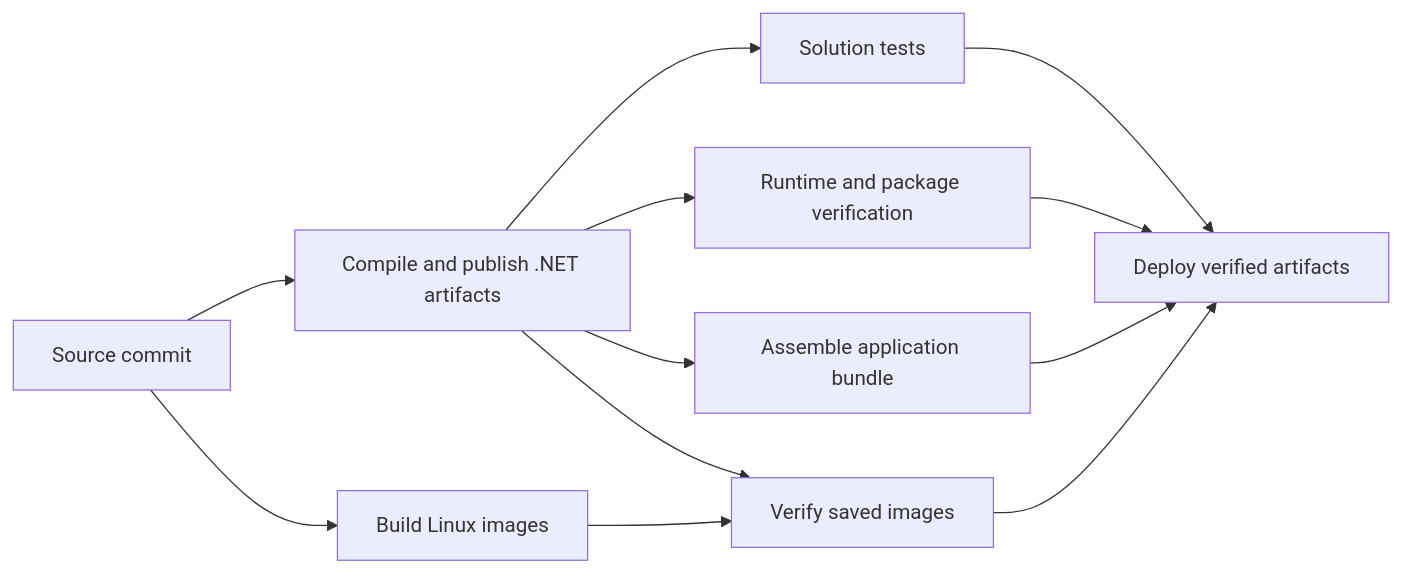
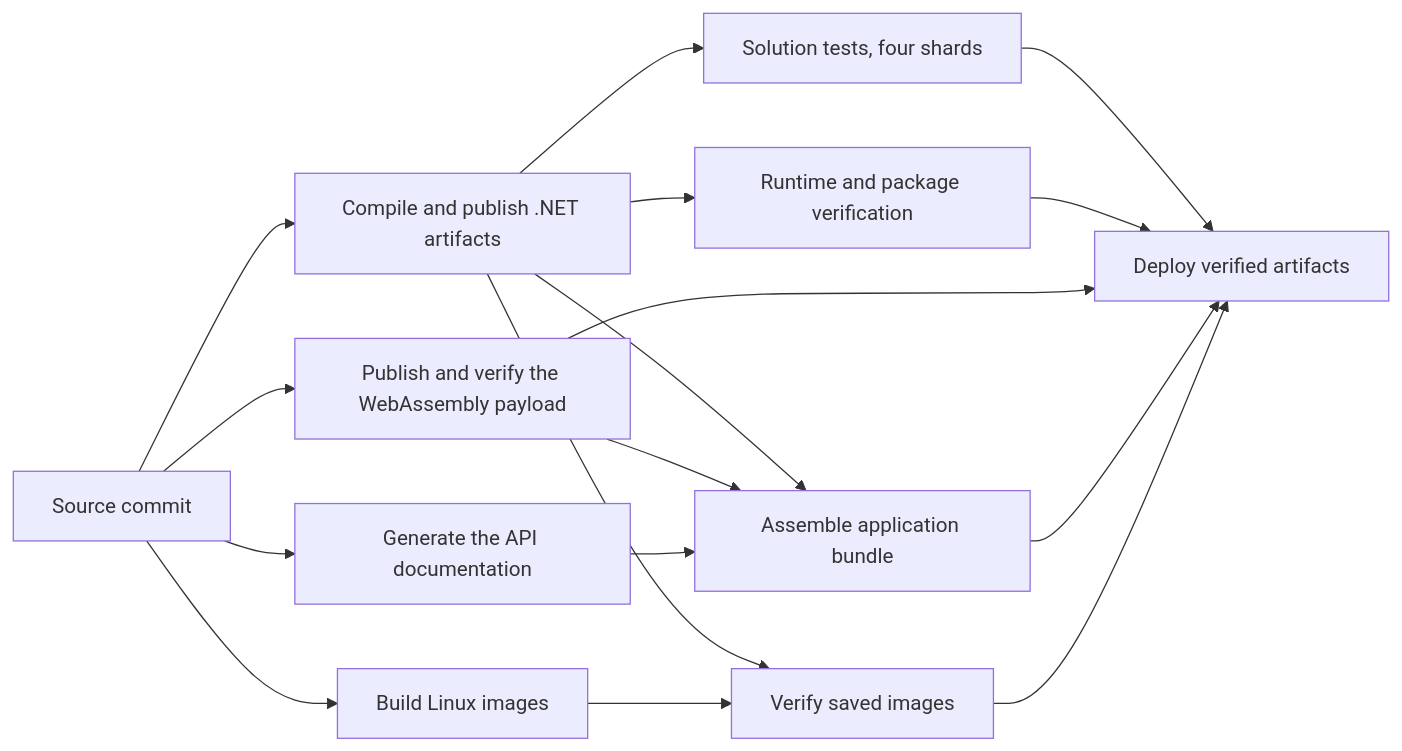
One commit to ByteTerrace/Puck changed the diagram in docs/development/ci.md. Above: the diagram before and after it, drawn with Mermaid. The commit also changed other lines of this file and 3724 other files, not shown here.

````diff
--- a/docs/development/ci.md
+++ b/docs/development/ci.md
@@ -163,14 +268,19 @@
 ```mermaid
 flowchart LR
     source[Source commit] --> managed[Compile and publish .NET artifacts]
+    source --> browser[Publish and verify the WebAssembly payload]
+    source --> docs[Generate the API documentation]
     source --> images[Build Linux images]
-    managed --> tests[Solution tests]
+    managed --> tests[Solution tests, four shards]
     managed --> runtime[Runtime and package verification]
     managed --> bundle[Assemble application bundle]
+    browser --> bundle
+    docs --> bundle
     managed --> containers[Verify saved images]
     images --> containers
     tests --> deploy[Deploy verified artifacts]
     runtime --> deploy
+    browser --> deploy
     bundle --> deploy
     containers --> deploy
 ```
````
